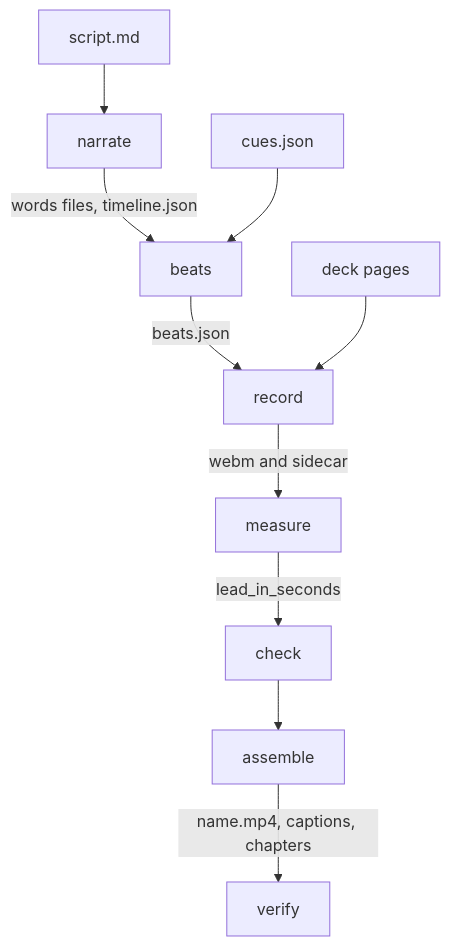
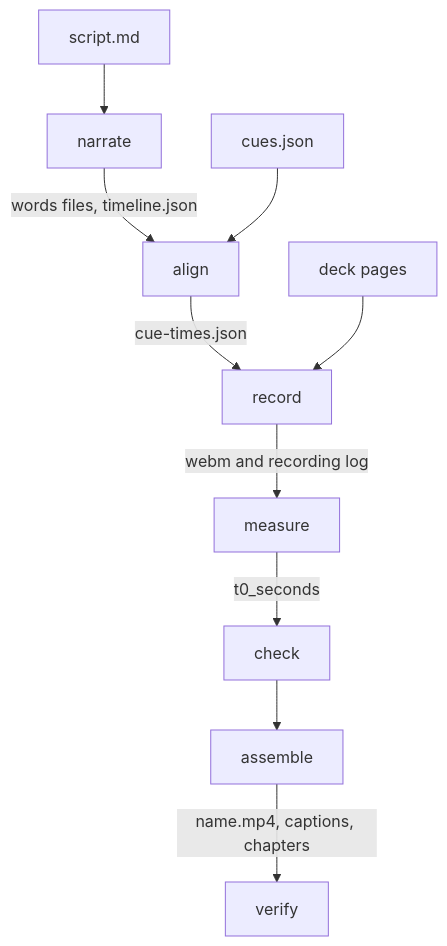
Before and after one commit to jacobcbeaudin/decktalk: the diagram in docs/concepts/how-it-works.mdx, drawn with Mermaid. The commit also changed other lines of this file and 106 other files, not shown here.

````diff
--- a/docs/concepts/how-it-works.mdx
+++ b/docs/concepts/how-it-works.mdx
@@ -30,12 +30,12 @@
 ```mermaid
 flowchart TB
   S["script.md"] --> narrate
-  narrate -- "words files, timeline.json" --> beats
-  C["cues.json"] --> beats
-  beats -- "beats.json" --> record
+  narrate -- "words files, timeline.json" --> align
+  C["cues.json"] --> align
+  align -- "cue-times.json" --> record
   P["deck pages"] --> record
-  record -- "webm and sidecar" --> measure
-  measure -- "lead_in_seconds" --> check
+  record -- "webm and recording log" --> measure
+  measure -- "t0_seconds" --> check
   check --> assemble
   assemble -- "name.mp4, captions, chapters" --> verify
 ```
````
